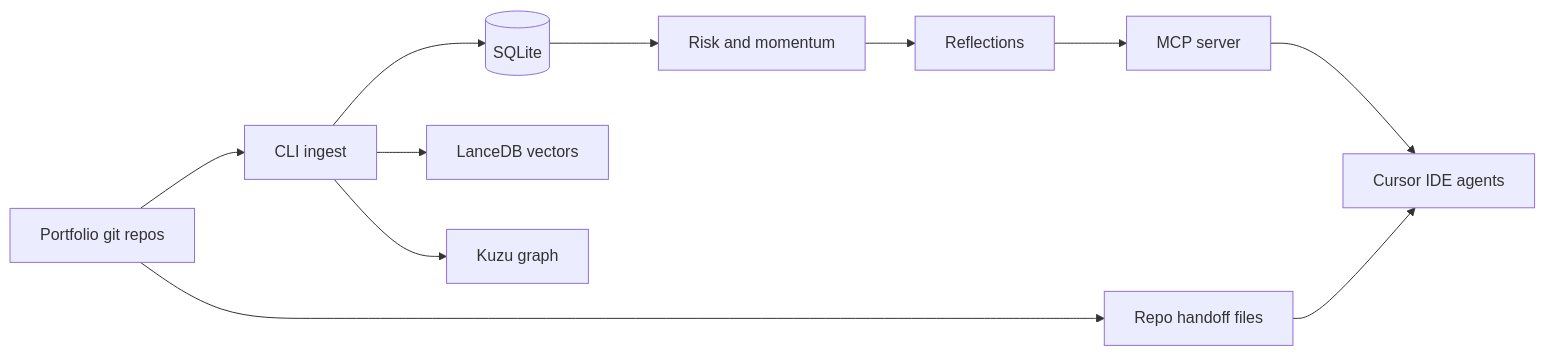
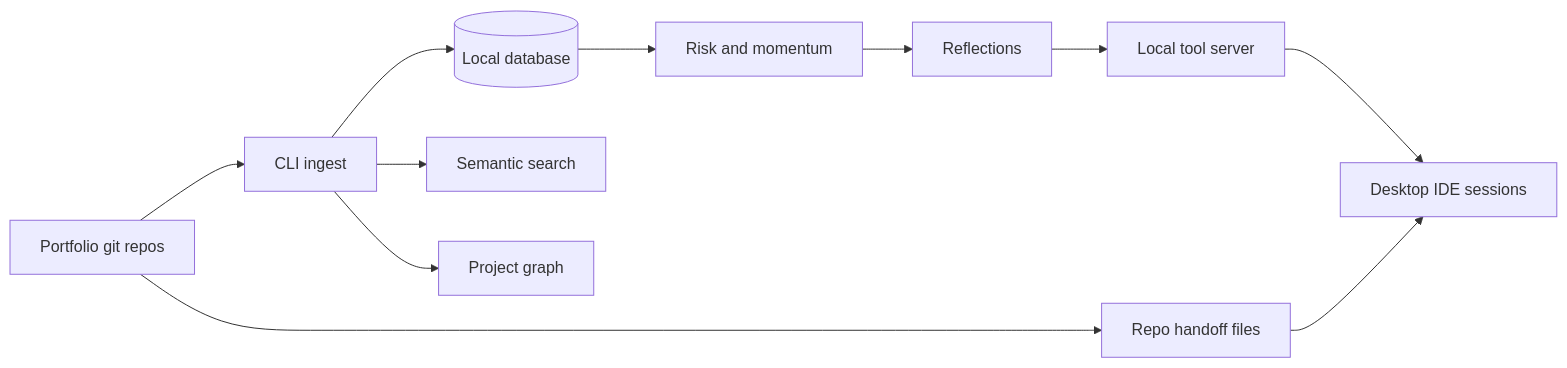
Before and after one commit to AlexTouvras/Orbit: the diagram in src/content/writes/when-the-portfolio-needs-a-memory.mdx, drawn with Mermaid. The commit also changed other lines of this file and 6 other files, not shown here.

````diff
--- a/src/content/writes/when-the-portfolio-needs-a-memory.mdx
+++ b/src/content/writes/when-the-portfolio-needs-a-memory.mdx
@@ -33,13 +33,13 @@
 ```mermaid
 flowchart LR
   Repos[Portfolio git repos] --> Ingest[CLI ingest]
-  Ingest --> SQLite[(SQLite)]
-  Ingest --> Lance[LanceDB vectors]
-  Ingest --> Graph[Kuzu graph]
+  Ingest --> SQLite[(Local database)]
+  Ingest --> Lance[Semantic search]
+  Ingest --> Graph[Project graph]
   SQLite --> Score["Risk and momentum"]
   Score --> Reflect[Reflections]
-  Reflect --> MCP[MCP server]
-  MCP --> IDE[Cursor IDE agents]
+  Reflect --> Tools[Local tool server]
+  Tools --> IDE[Desktop IDE sessions]
   Repos --> Handoff["Repo handoff files"]
   Handoff --> IDE
 ```
````
